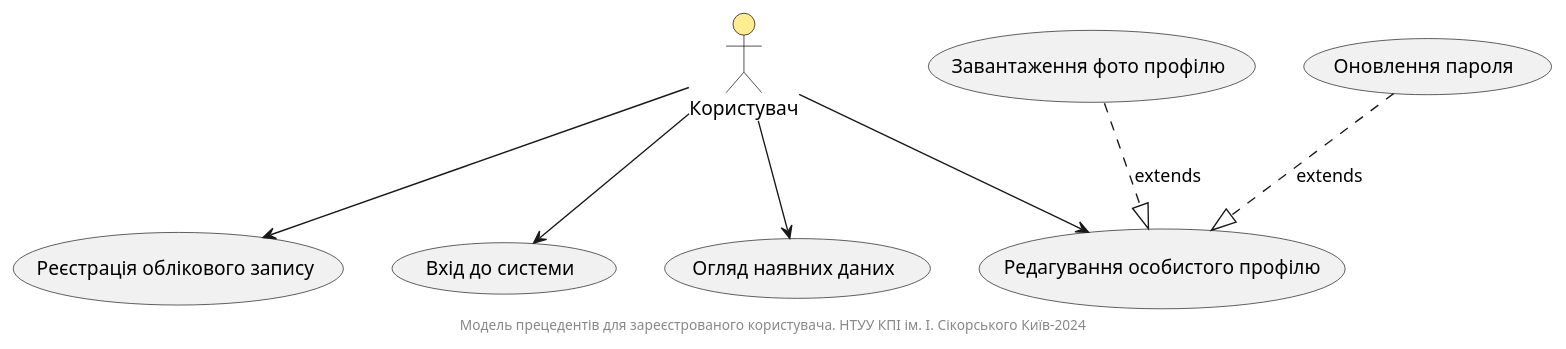
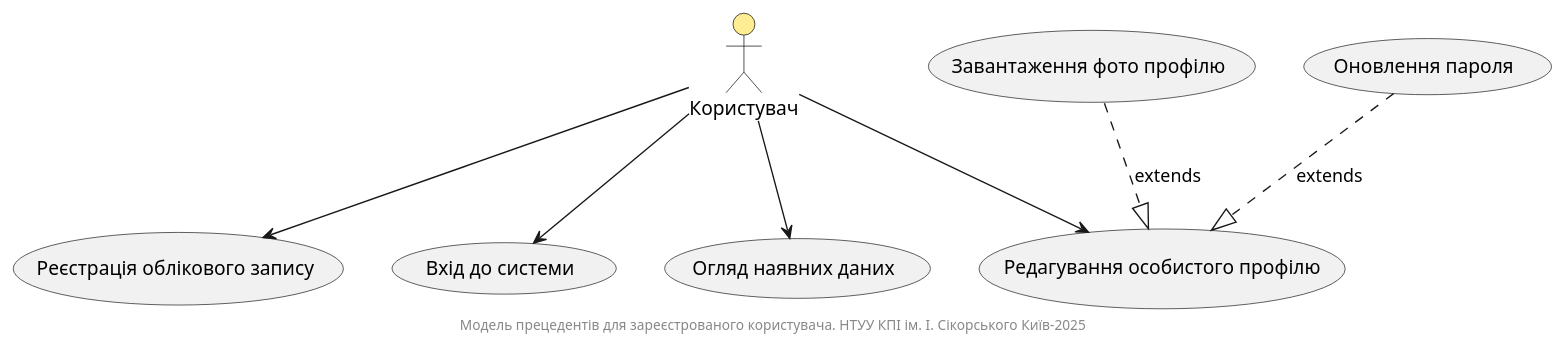
One commit to tyntyntynnnn/edu_db_labs changed the second of 14 diagrams in docs/use cases/README.md. Above: the diagram before and after it, drawn with PlantUML.

Commit message:
Update README.md
use cases re

```diff
--- a/docs/use cases/README.md
+++ b/docs/use cases/README.md
@@ -87,35 +87,35 @@
 @startuml
 
 ' Налаштування стилів акторів
 skinparam actor {
     BackgroundColor #ffed94
     BorderColor black
     FontColor black
 }
 
 actor "Користувач" as GeneralUser
 
 usecase "Реєстрація облікового запису" as UC_1.1 
 usecase "Вхід до системи" as UC_1.2
 usecase "Редагування особистого профілю" as UC_1.3
 usecase "Огляд наявних даних" as UC_1.4
 
 ' Дочірні прецеденти для "Редагування особистого профілю"
 usecase "Завантаження фото профілю" as UC_1.3.1
 usecase "Оновлення пароля" as UC_1.3.2
 
 ' Взаємозв’язки між "Користувачем" та основними функціями
 GeneralUser --> UC_1.1
 GeneralUser --> UC_1.2
 GeneralUser --> UC_1.3
 GeneralUser --> UC_1.4
 
 ' Розширення для процесу "Редагування особистого профілю"
 UC_1.3.1 ..|> UC_1.3 : extends
 UC_1.3.2 ..|> UC_1.3 : extends
 
 footer
- Модель прецедентів для зареєстрованого користувача. НТУУ КПІ ім. І. Сікорського Київ-2024
+ Модель прецедентів для зареєстрованого користувача. НТУУ КПІ ім. І. Сікорського Київ-2025
 endfooter
 
 @enduml
```
